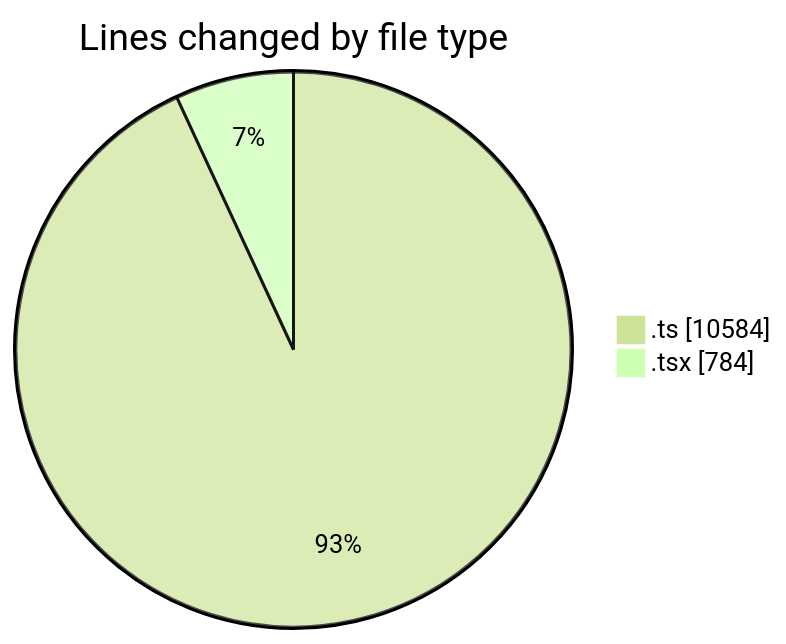
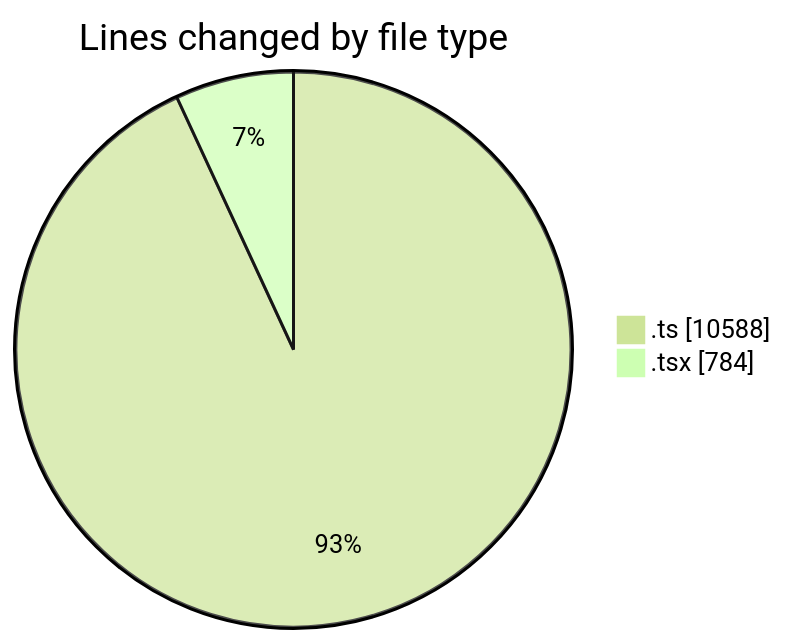
Before and after one commit to momahboobian/code-tracking: the first of 2 diagrams in 2025-06-11/cda/README.md, drawn with Mermaid (forest theme). The commit also changed other lines of this file and 1 other file, not shown here.

````diff
--- a/2025-06-11/cda/README.md
+++ b/2025-06-11/cda/README.md
@@ -27,6 +27,6 @@
 ```mermaid
 pie showData
 title Lines changed by file type
-".ts" : 10584
+".ts" : 10588
 ".tsx" : 784
 ```
````
